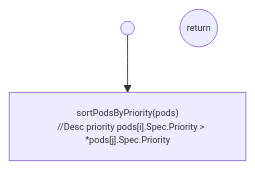
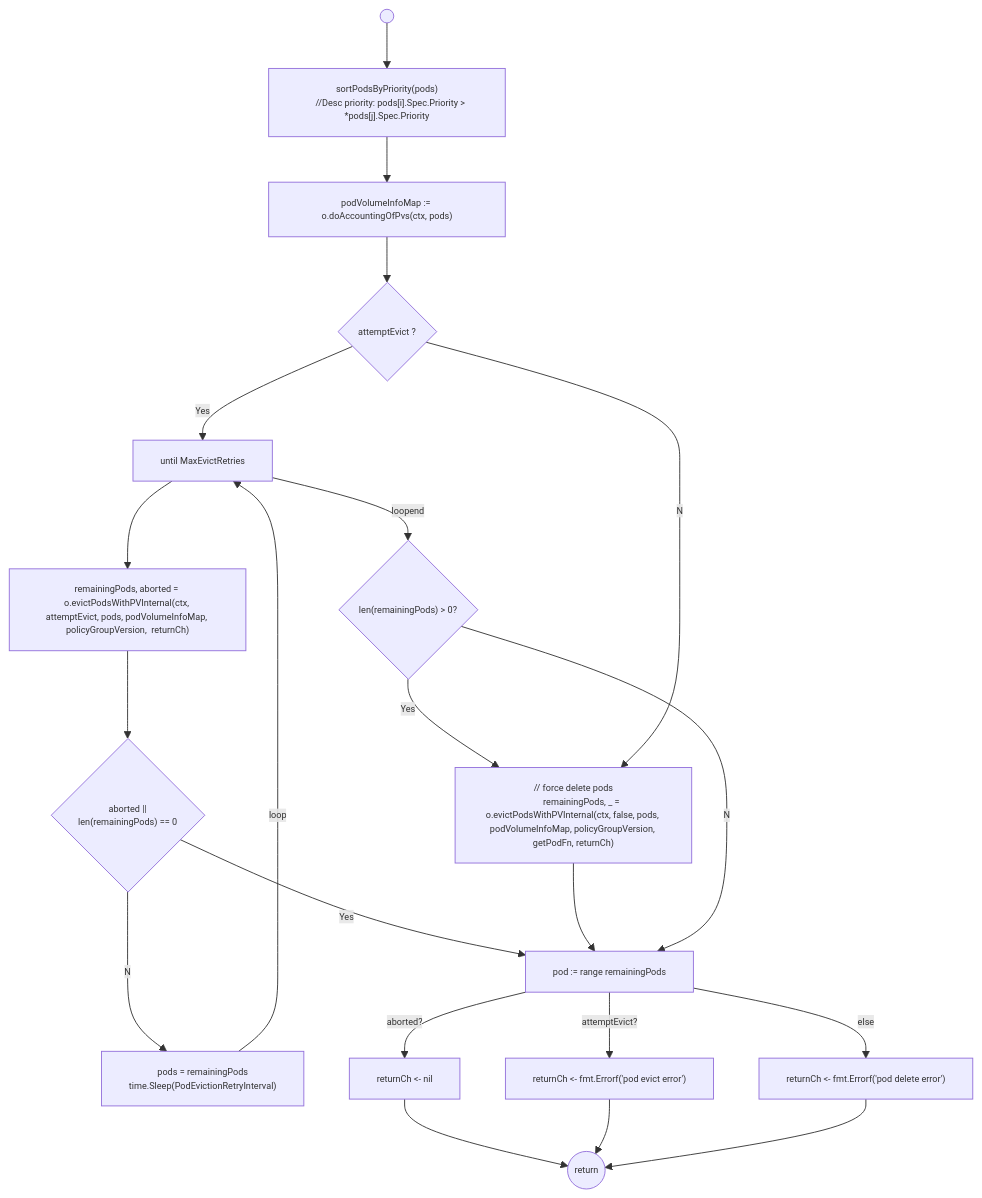
The fourth of 6 diagrams in src/node_drain.md (elankath/mcmdesign), drawn with Mermaid before and after one commit. The commit also changed other lines of this file and 9 other files, not shown here.

Commit message:
evict pods with pv internal

````diff
--- a/src/node_drain.md
+++ b/src/node_drain.md
@@ -359,11 +422,53 @@
 ```mermaid
 %%{init: {'themeVariables': { 'fontSize': '10px'}, "flowchart": {"useMaxWidth": false }}}%%
 flowchart TD
 
 Begin((" "))
 -->SortPods["
     sortPodsByPriority(pods)
-    //Desc priority pods[i].Spec.Priority > *pods[j].Spec.Priority
+    //Desc priority: pods[i].Spec.Priority > *pods[j].Spec.Priority
 "]
+-->DoVolumeAccounting["
+	podVolumeInfoMap := o.doAccountingOfPvs(ctx, pods)
+"]
+-->ChkAttemptEvict{attemptEvict ?}
+
+ChkAttemptEvict--Yes-->RetryTillLimit["
+	until MaxEvictRetries
+"]
+-->
+InvokeHelper["
+	remainingPods, aborted = o.evictPodsWithPVInternal(ctx, attemptEvict, pods, podVolumeInfoMap, policyGroupVersion,  returnCh)
+"]
+InvokeHelper-->ChkAbort{"
+	aborted ||
+	len(remainingPods) == 0
+"}
+ChkAbort--Yes-->RangeRemainingPods
+ChkAbort--No-->Sleep["
+	pods = remainingPods
+	time.Sleep(PodEvictionRetryInterval)
+"]
+Sleep--loop-->RetryTillLimit
+
+RetryTillLimit--loopend-->ChkRemaining{"len(remainingPods) > 0?"}
+ChkRemaining--Yes-->InvokeHelper1["
+// force delete pods
+	remainingPods, _ = o.evictPodsWithPVInternal(ctx, false, pods, podVolumeInfoMap, policyGroupVersion, getPodFn, returnCh)
+"]
+
+ChkAttemptEvict--No-->InvokeHelper1
+InvokeHelper1-->RangeRemainingPods
+ChkRemaining--No-->RangeRemainingPods
+
+RangeRemainingPods["pod := range remainingPods"]
+RangeRemainingPods--aborted?-->SendNil["returnCh <- nil"]
+RangeRemainingPods--attemptEvict?-->SendEvictErr["returnCh <- fmt.Errorf('pod evict error')"]
+RangeRemainingPods--else-->SendDelErr["returnCh <- fmt.Errorf('pod delete error')"]
+
+
+SendNil-->NilReturn
+SendEvictErr-->NilReturn
+SendDelErr-->NilReturn
 NilReturn(("return"))
 ```
````
